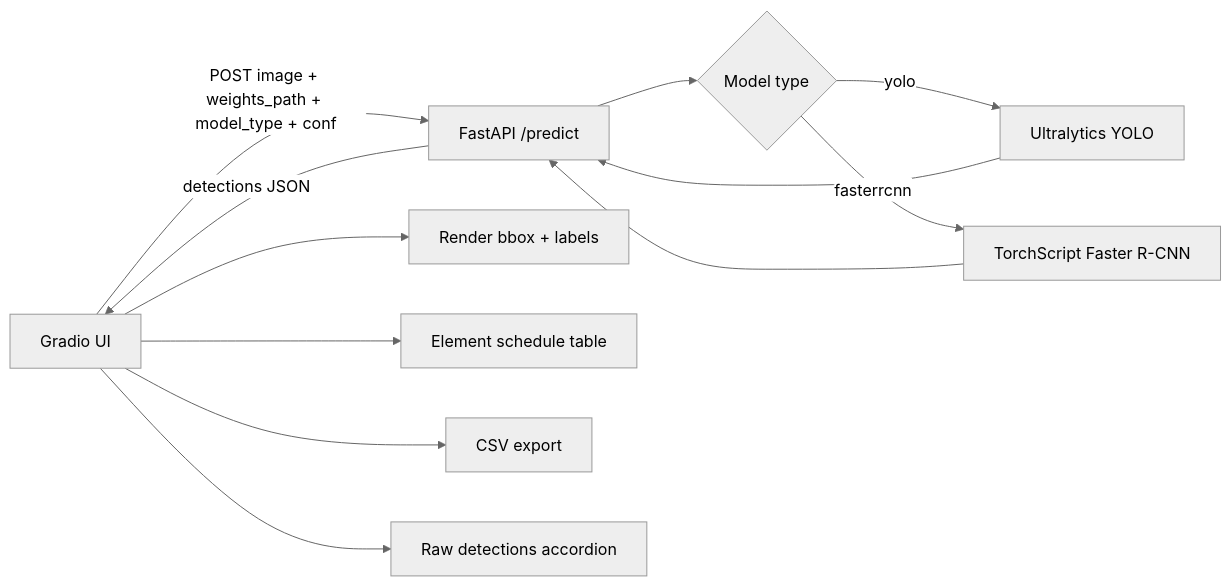
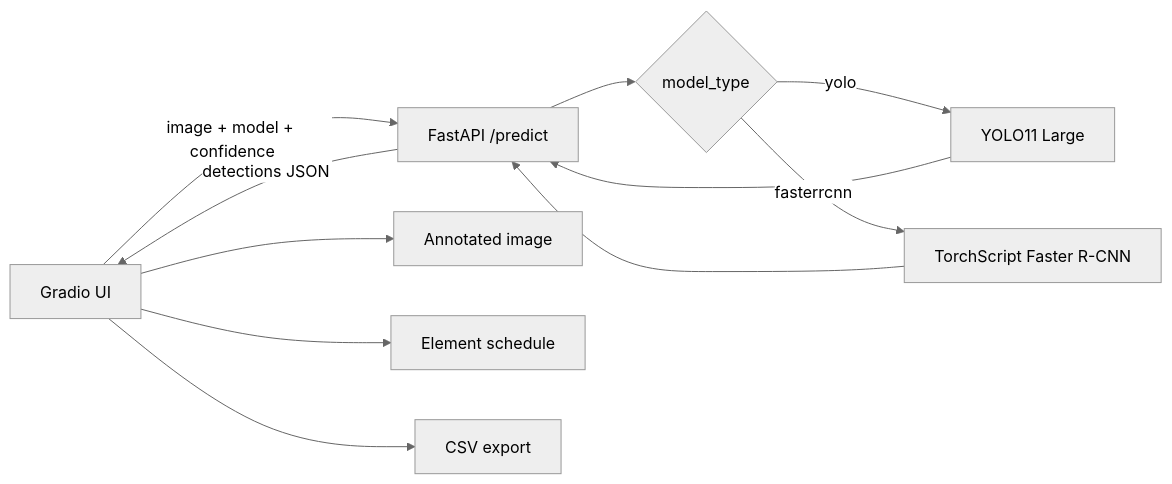
The diagram in README.md (anngrrr/planparser), drawn with Mermaid (neutral theme) before and after one commit. The commit also changed other lines of this file and 6 other files, not shown here.

`````diff
--- a/README.md
+++ b/README.md
@@ -50,14 +57,13 @@
-````mermaid
+```mermaid
 flowchart LR
-  A[Gradio UI] -->|POST image + weights_path + model_type + conf| B[FastAPI /predict]
-  B --> C{Model type}
-  C -->|yolo| D[Ultralytics YOLO]
-  C -->|fasterrcnn| E[TorchScript Faster R-CNN]
+  A["Gradio UI"] -->|"image + model + confidence"| B["FastAPI /predict"]
+  B --> C{"model_type"}
+  C -->|"yolo"| D["YOLO11 Large"]
+  C -->|"fasterrcnn"| E["TorchScript Faster R-CNN"]
   D --> B
   E --> B
-  B -->|detections JSON| A
-  A --> F[Render bbox + labels]
-  A --> G[Element schedule table]
-  A --> H[CSV export]
-  A --> I[Raw detections accordion]
-````
+  B -->|"detections JSON"| A
+  A --> F["Annotated image"]
+  A --> G["Element schedule"]
+  A --> H["CSV export"]
+```
`````
